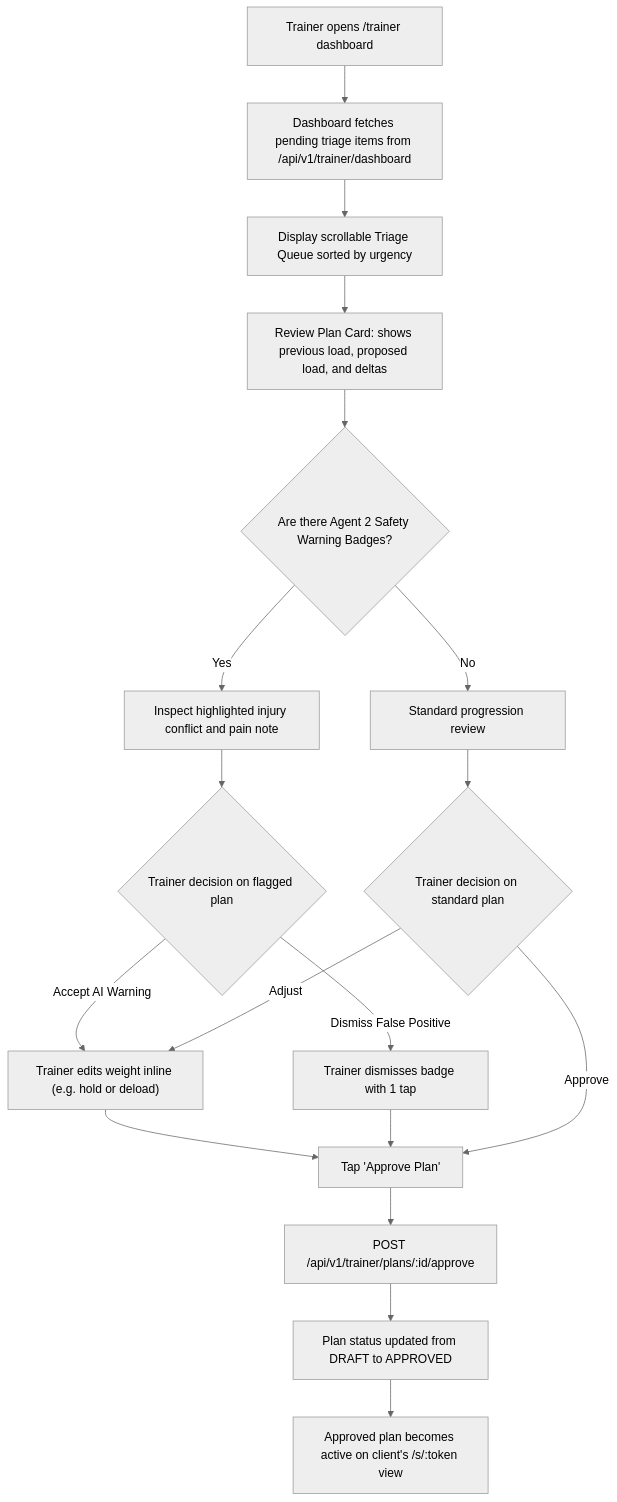
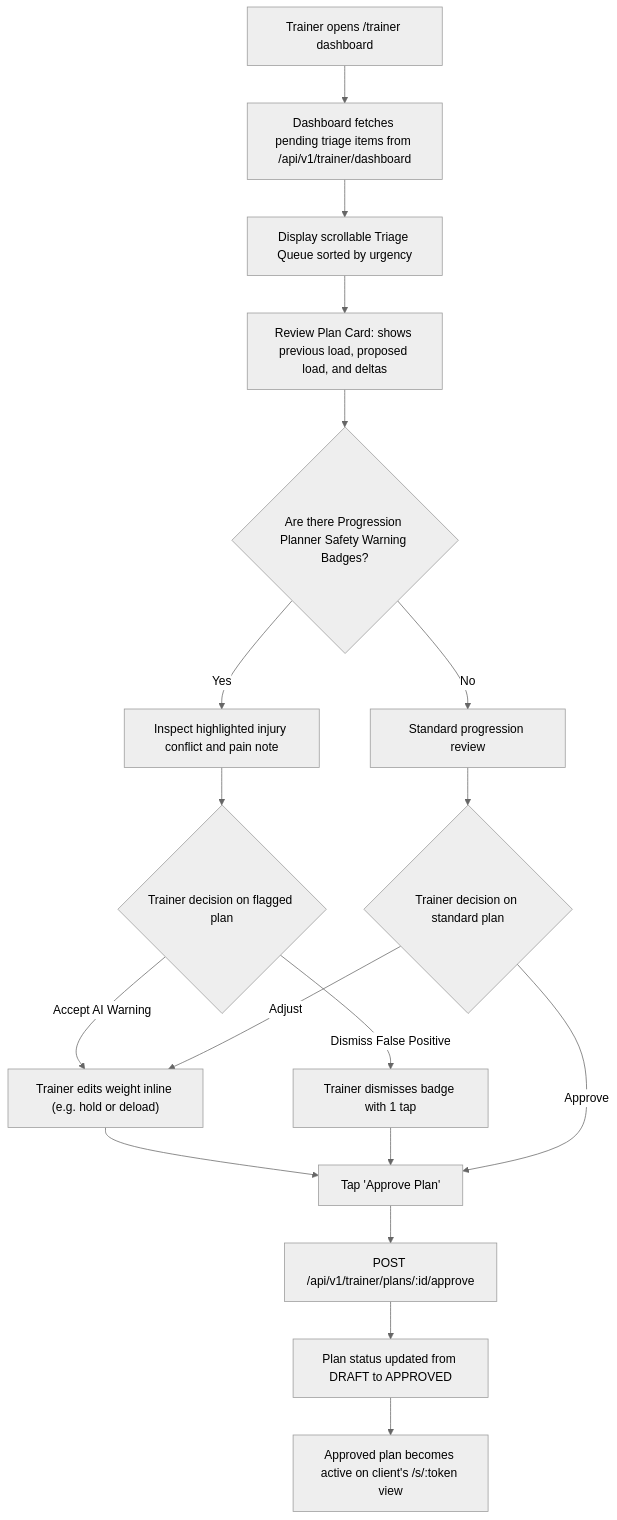
Before and after one commit to justin-day-pursuit/trainer-agent-app: the fourth of 7 diagrams in documents/03-user-flows.md, drawn with Mermaid (neutral theme). The commit also changed other lines of this file and 24 other files, not shown here.

Commit message:
docs(agents): adopt functional names (Workout Logger, Progression Planner, Trainer Assistant) across codebase and docs

````diff
--- a/documents/03-user-flows.md
+++ b/documents/03-user-flows.md
@@ -85,20 +85,20 @@
 ```mermaid
 flowchart TD
     A["Trainer opens /trainer dashboard"] --> B["Dashboard fetches pending triage items from /api/v1/trainer/dashboard"]
     B --> C["Display scrollable Triage Queue sorted by urgency"]
     C --> D["Review Plan Card: shows previous load, proposed load, and deltas"]
-    D --> E{"Are there Agent 2 Safety Warning Badges?"}
+    D --> E{"Are there Progression Planner Safety Warning Badges?"}
     E -- "Yes" --> F["Inspect highlighted injury conflict and pain note"]
     E -- "No" --> G["Standard progression review"]
     F --> H{"Trainer decision on flagged plan"}
     H -- "Accept AI Warning" --> I["Trainer edits weight inline (e.g. hold or deload)"]
     H -- "Dismiss False Positive" --> J["Trainer dismisses badge with 1 tap"]
     G --> K{"Trainer decision on standard plan"}
     I --> L["Tap 'Approve Plan'"]
     J --> L
     K -- "Approve" --> L
     K -- "Adjust" --> I
     L --> M["POST /api/v1/trainer/plans/:id/approve"]
     M --> N["Plan status updated from DRAFT to APPROVED"]
     N --> O["Approved plan becomes active on client's /s/:token view"]
 ```
````
